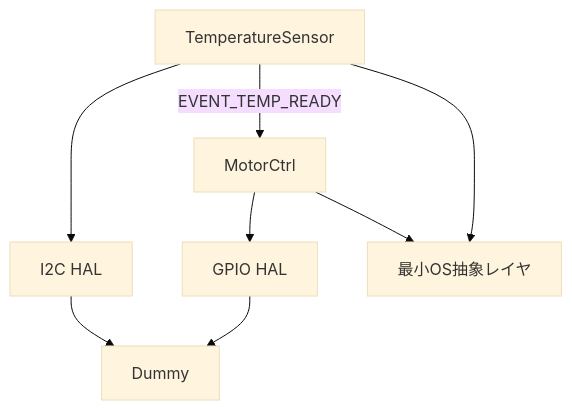
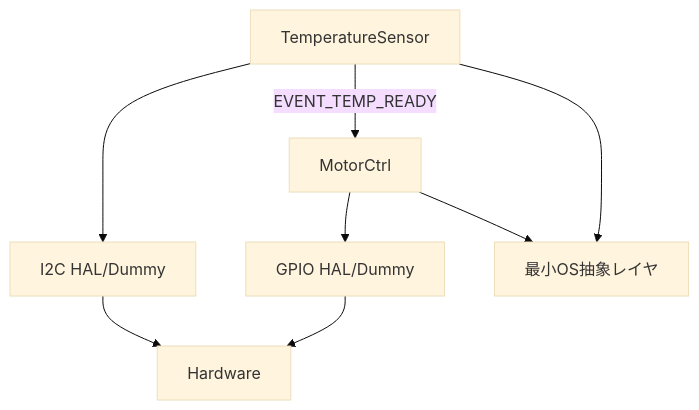
The diagram in Diagram/Flowchart.md (amdracat/SimpleEmbeddedOSInterface), drawn with Mermaid (base theme) before and after one commit.

Commit message:
図修正

````diff
--- a/Diagram/Flowchart.md
+++ b/Diagram/Flowchart.md
@@ -1,10 +1,10 @@
 ```mermaid
 flowchart TD
     A[TemperatureSensor] -->|EVENT_TEMP_READY| B[MotorCtrl]
-    A --> C[I2C HAL]
-    B --> D[GPIO HAL]
-    D --> G[Dummy]
+    A --> C[I2C HAL/Dummy]
+    B --> D[GPIO HAL/Dummy]
+    D --> G[Hardware]
     C --> G
     A --> F[最小OS抽象レイヤ]
     B --> F
 ```
````
